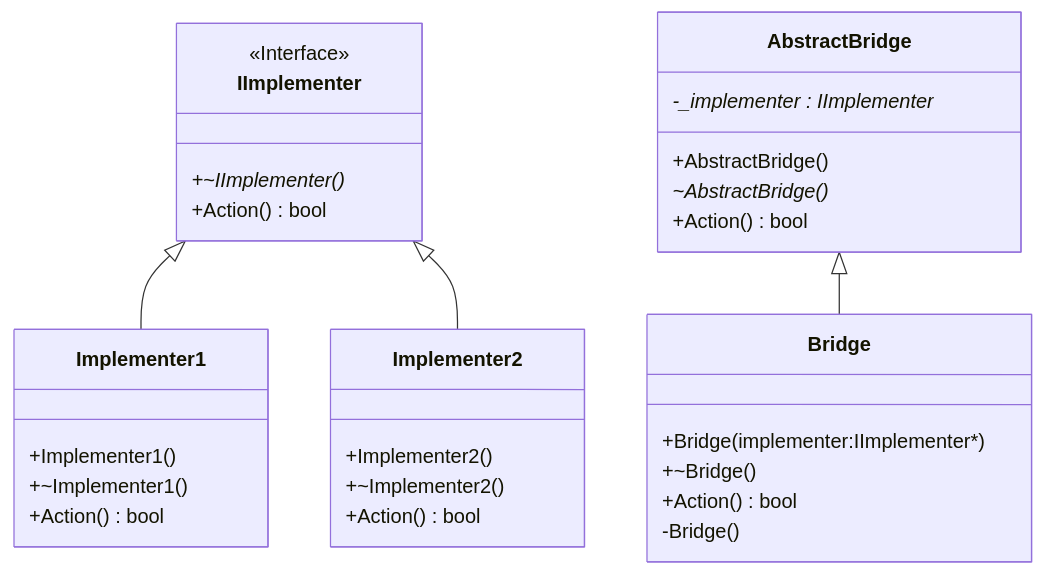
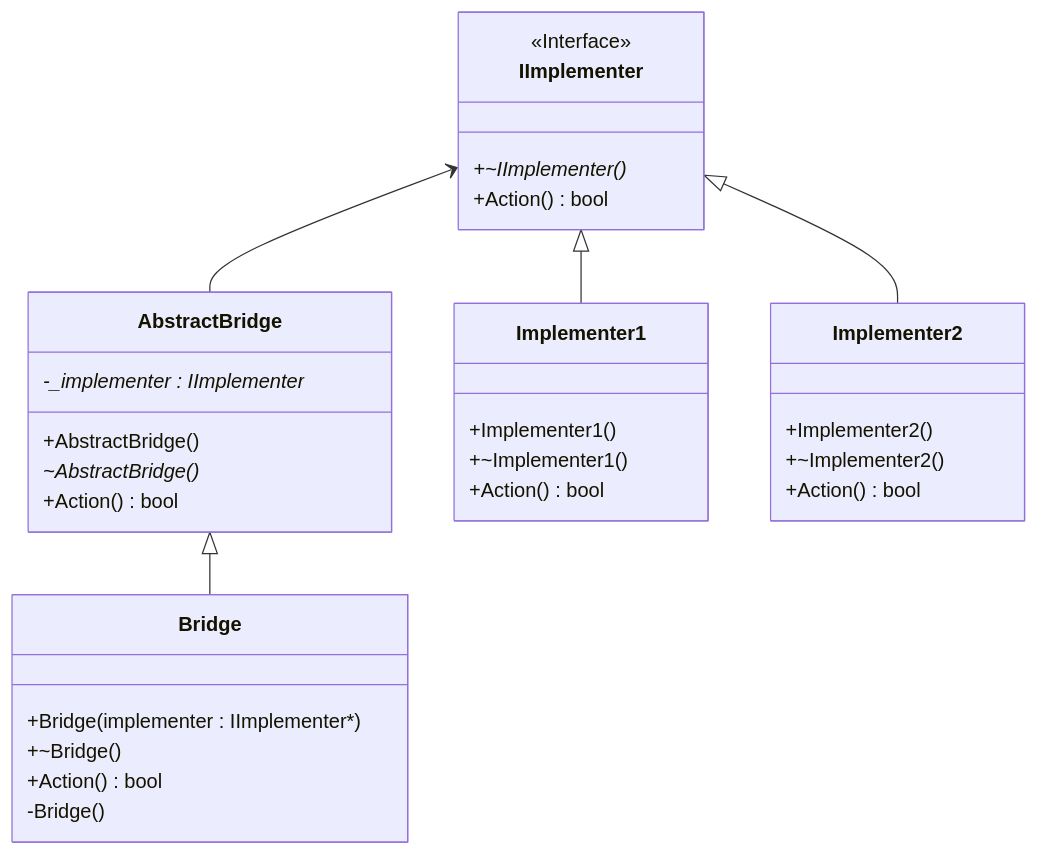
The diagram in PrimitiveDesign/Bridge.md (KumaKuma0421/DesignPatternSolution), drawn with Mermaid before and after one commit. The commit also changed 23 other files, not shown here.

````diff
--- a/PrimitiveDesign/Bridge.md
+++ b/PrimitiveDesign/Bridge.md
@@ -3,34 +3,36 @@
 ```mermaid
 classDiagram
 direction TB
   class IImplementer {
     <<Interface>>
     +~IImplementer()*
     +Action() bool
   }
   class AbstractBridge {
     -_implementer : IImplementer*
     +AbstractBridge()
     ~AbstractBridge()*
     +Action() bool
   }
   class Implementer1 {
     +Implementer1()
     +~Implementer1()
     +Action() bool
   }
   class Implementer2 {
     +Implementer2()
     +~Implementer2()
     +Action() bool
   }
   class Bridge {
-    +Bridge(implementer:IImplementer*)
+    +Bridge(implementer : IImplementer*)
     +~Bridge()
     +Action() bool
     -Bridge()
   }
+
   IImplementer <|-- Implementer1
   IImplementer <|-- Implementer2
+  IImplementer <-- AbstractBridge
   AbstractBridge <|-- Bridge
 ```
````
